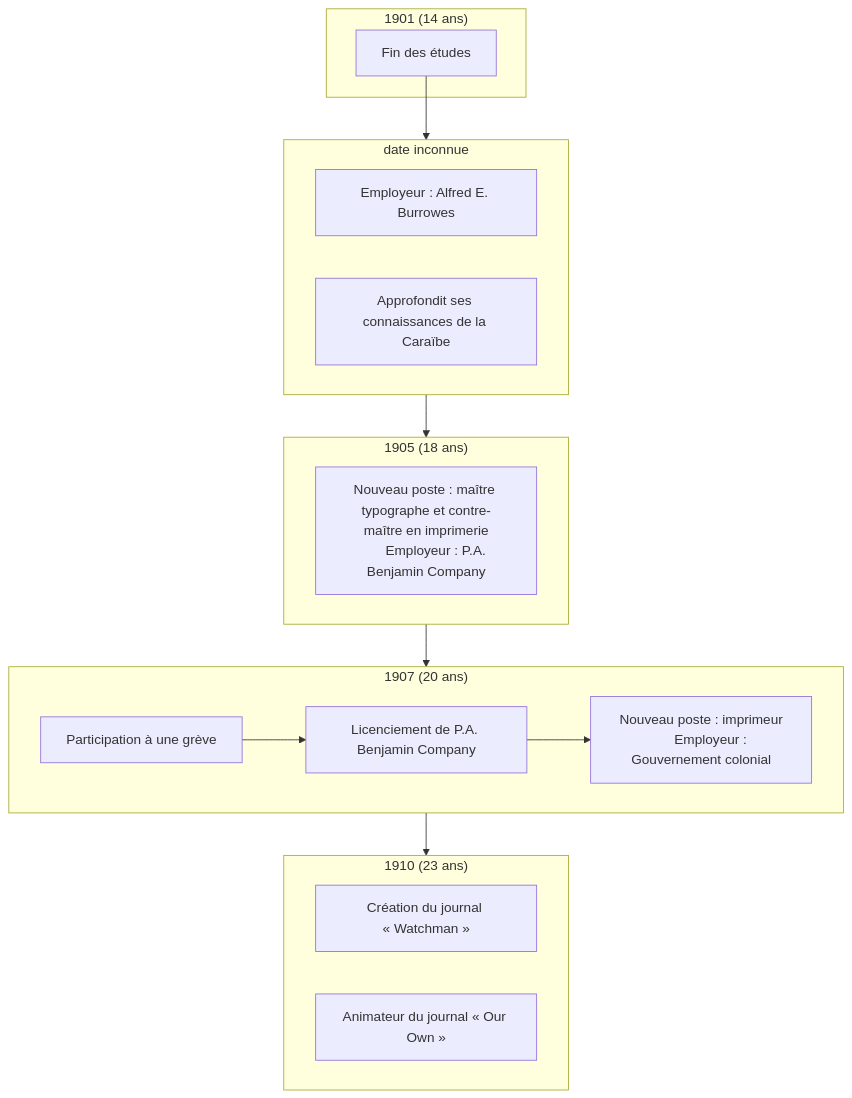
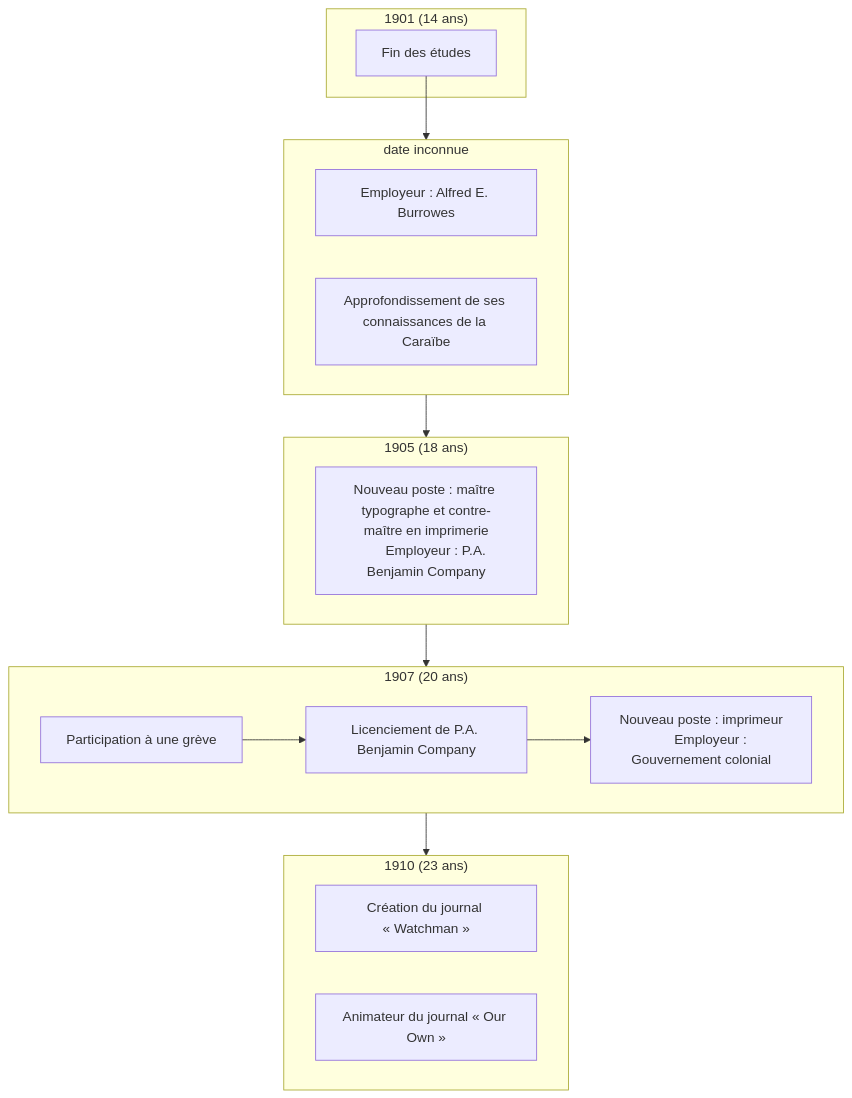
Before and after one commit to ba-moun/Ba-Moun-Save: the second of 3 diagrams in en-cours/personnalite/homme/polymathe/caraibes/midi/colonie/xamayca/marcus-gavey.md, drawn with Mermaid. The commit also changed other lines of this file, not shown here.

Commit message:
docs: update en-cours/personnalite/homme/polymathe/caraibes/midi/colonie/xamayca/marcus-gavey

````diff
--- a/en-cours/personnalite/homme/polymathe/caraibes/midi/colonie/xamayca/marcus-gavey.md
+++ b/en-cours/personnalite/homme/polymathe/caraibes/midi/colonie/xamayca/marcus-gavey.md
@@ -74,35 +74,35 @@
 ```mermaid
 flowchart TB
 
    subgraph "1901 (14 ans)"
       id0["Fin des études"]
    end
    
    subgraph id2["date inconnue"]
       id1["Employeur : Alfred E. Burrowes"]
-      id3["Approfondit ses connaissances de la Caraïbe"]
+      id3["Approfondissement de ses connaissances de la Caraïbe"]
    end
    
    subgraph id4["1905 (18 ans)"]
       id5["Nouveau poste : maître typographe et contre-maître en imprimerie
       Employeur : P.A. Benjamin Company"]
    end
    
    subgraph id7["1907 (20 ans)"]
       id6["Participation à une grève"] --> id8["Licenciement de P.A. Benjamin Company"]
       id9["Nouveau poste : imprimeur
       Employeur : Gouvernement colonial"]
    end
    
    subgraph id10["1910 (23 ans)"]
       id11["Création du journal « Watchman »"]
       id12["Animateur du journal « Our Own »"]
    end
    
    id0 --> id2
    id2 --> id4
    id4 --> id7
    id8 --> id9
    id7 --> id10
 
 ```
````
